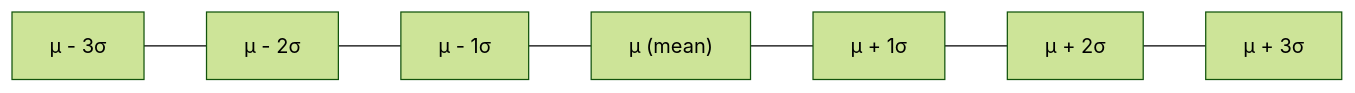
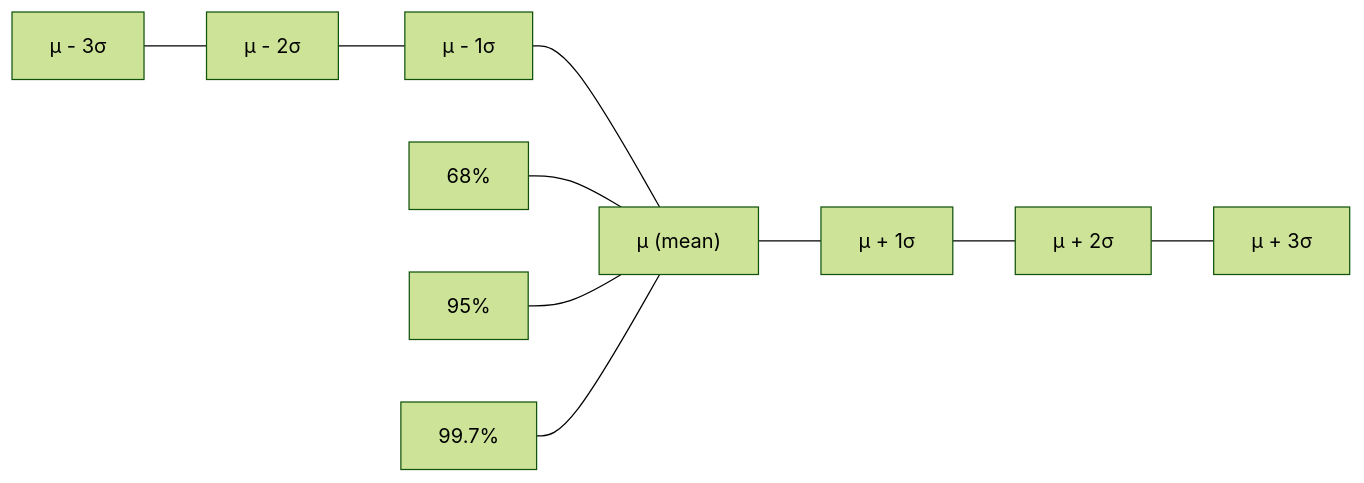
Before and after one commit to muhammadsalek/statistics-for-scientists: the fifth of 10 diagrams in 03-dispersion.md, drawn with Mermaid (forest theme). The commit also changed other lines of this file, not shown here.

````diff
--- a/03-dispersion.md
+++ b/03-dispersion.md
@@ -114,4 +365,8 @@
 ```mermaid
 flowchart LR
     A["μ - 3σ"] --- B["μ - 2σ"] --- C["μ - 1σ"] --- D["μ (mean)"] --- E["μ + 1σ"] --- F["μ + 2σ"] --- G["μ + 3σ"]
+    
+    H["68%"] --- D
+    I["95%"] --- D
+    J["99.7%"] --- D
 ```
````
